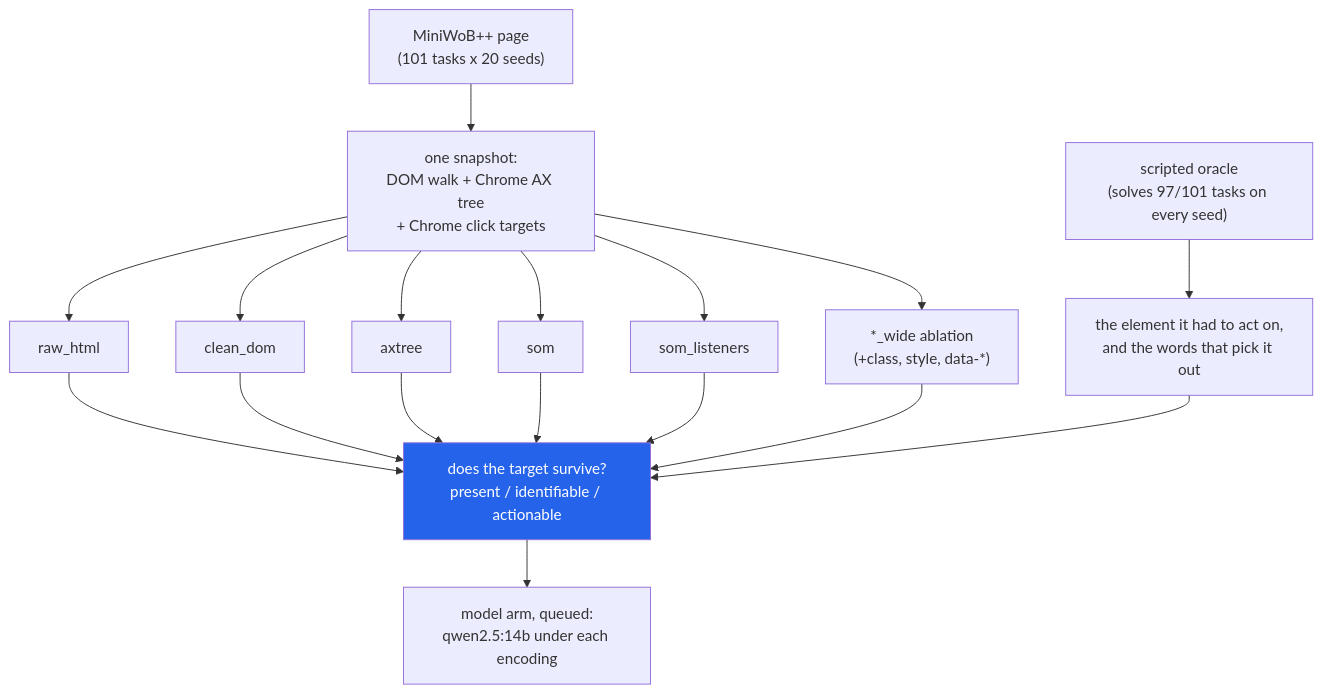
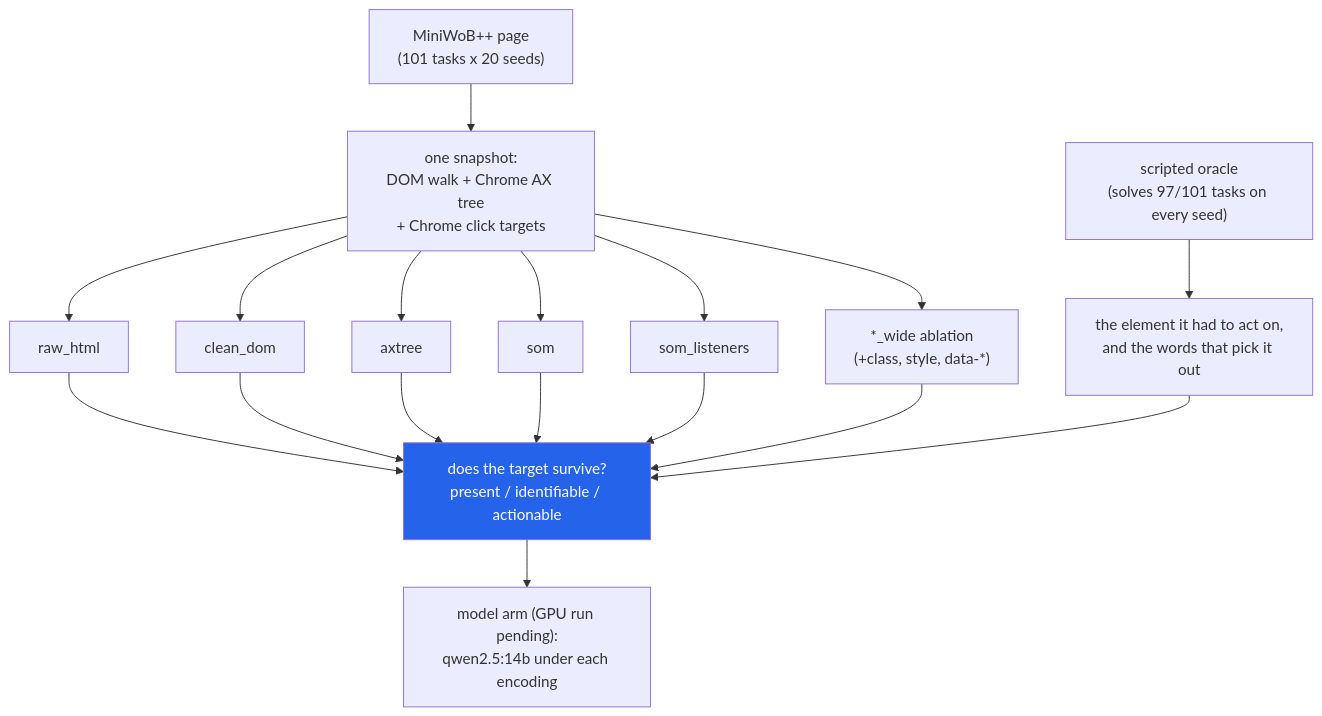
The diagram in README.md (hammasbuilds/browser-agent), drawn with Mermaid before and after one commit. The commit also changed other lines of this file and 1 other file, not shown here.

Commit message:
State the model-arm status once and drop the internal status note

````diff
--- a/README.md
+++ b/README.md
@@ -29,21 +30,21 @@
 ```mermaid
 flowchart TD
     A["MiniWoB++ page<br/>(101 tasks x 20 seeds)"] --> B["one snapshot:<br/>DOM walk + Chrome AX tree<br/>+ Chrome click targets"]
     B --> C1["raw_html"]
     B --> C2["clean_dom"]
     B --> C3["axtree"]
     B --> C4["som"]
     B --> C5["som_listeners"]
     B --> C6["*_wide ablation<br/>(+class, style, data-*)"]
     O["scripted oracle<br/>(solves 97/101 tasks on every seed)"] --> T["the element it had to act on,<br/>and the words that pick it out"]
     C1 --> S["does the target survive?<br/>present / identifiable / actionable"]
     C2 --> S
     C3 --> S
     C4 --> S
     C5 --> S
     C6 --> S
     T --> S
-    S --> M["model arm, queued:<br/>qwen2.5:14b under each encoding"]
+    S --> M["model arm (GPU run pending):<br/>qwen2.5:14b under each encoding"]
 
     style S fill:#2563eb,color:#fff
 ```
````
